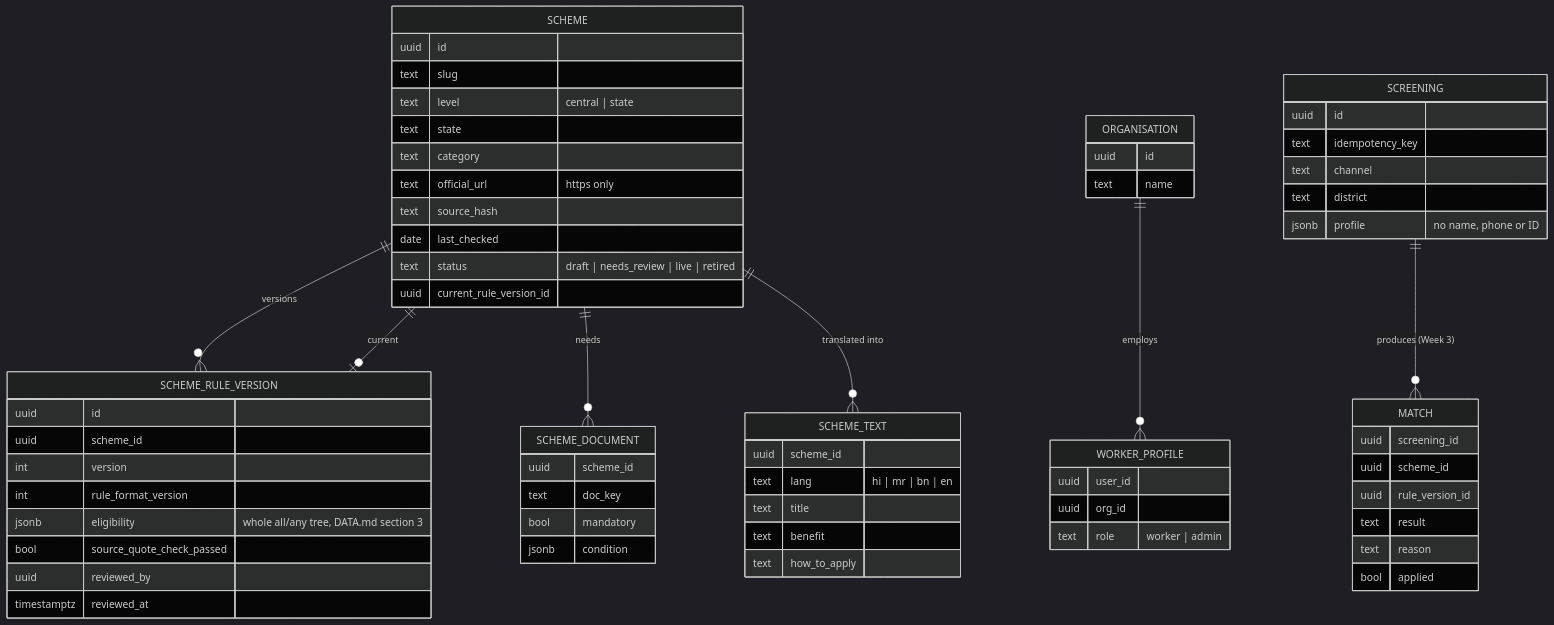
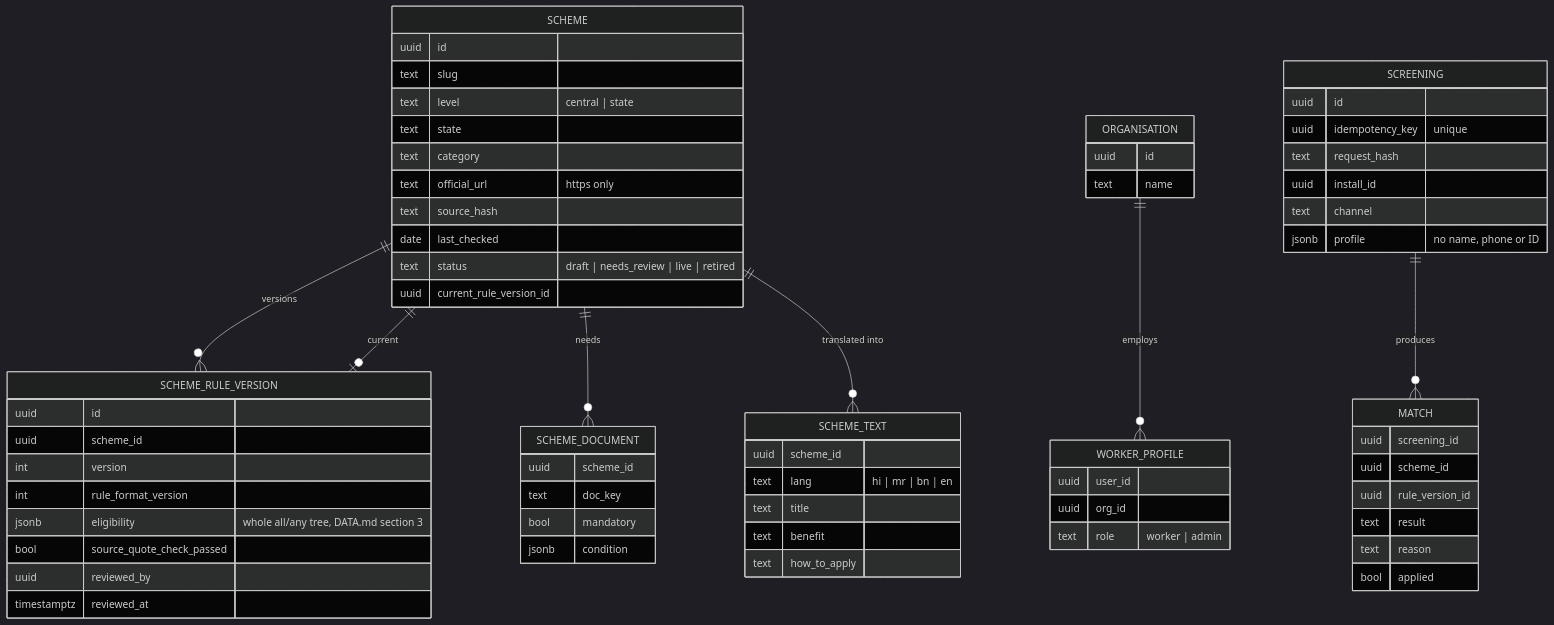
Before and after one commit to Zakuroooo/SchemeMatch: the second of 7 diagrams in docs/ARCHITECTURE.md, drawn with Mermaid (dark theme). The commit also changed other lines of this file and 5 other files, not shown here.

Commit message:
docs: screenings in the API table, ER diagram, privacy inventory and runbook; PROGRESS step 12, STORY chapter 11

````diff
--- a/docs/ARCHITECTURE.md
+++ b/docs/ARCHITECTURE.md
@@ -44,37 +44,37 @@
 ```mermaid
 erDiagram
     SCHEME ||--o{ SCHEME_RULE_VERSION : "versions"
     SCHEME ||--o| SCHEME_RULE_VERSION : "current"
     SCHEME ||--o{ SCHEME_DOCUMENT : "needs"
     SCHEME ||--o{ SCHEME_TEXT : "translated into"
     ORGANISATION ||--o{ WORKER_PROFILE : "employs"
     SCHEME {
         uuid id
         text slug
         text level "central | state"
         text state
         text category
         text official_url "https only"
         text source_hash
         date last_checked
         text status "draft | needs_review | live | retired"
         uuid current_rule_version_id
     }
     SCHEME_RULE_VERSION {
         uuid id
         uuid scheme_id
         int version
         int rule_format_version
         jsonb eligibility "whole all/any tree, DATA.md section 3"
         bool source_quote_check_passed
         uuid reviewed_by
         timestamptz reviewed_at
     }
     SCHEME_DOCUMENT { uuid scheme_id  text doc_key  bool mandatory  jsonb condition }
     SCHEME_TEXT { uuid scheme_id  text lang "hi | mr | bn | en"  text title  text benefit  text how_to_apply }
     ORGANISATION { uuid id  text name }
     WORKER_PROFILE { uuid user_id  uuid org_id  text role "worker | admin" }
-    SCREENING ||--o{ MATCH : "produces (Week 3)"
-    SCREENING { uuid id  text idempotency_key  text channel  text district  jsonb profile "no name, phone or ID" }
+    SCREENING ||--o{ MATCH : "produces"
+    SCREENING { uuid id  uuid idempotency_key "unique"  text request_hash  uuid install_id  text channel  jsonb profile "no name, phone or ID" }
     MATCH { uuid screening_id  uuid scheme_id  uuid rule_version_id  text result  text reason  bool applied }
 ```
````
